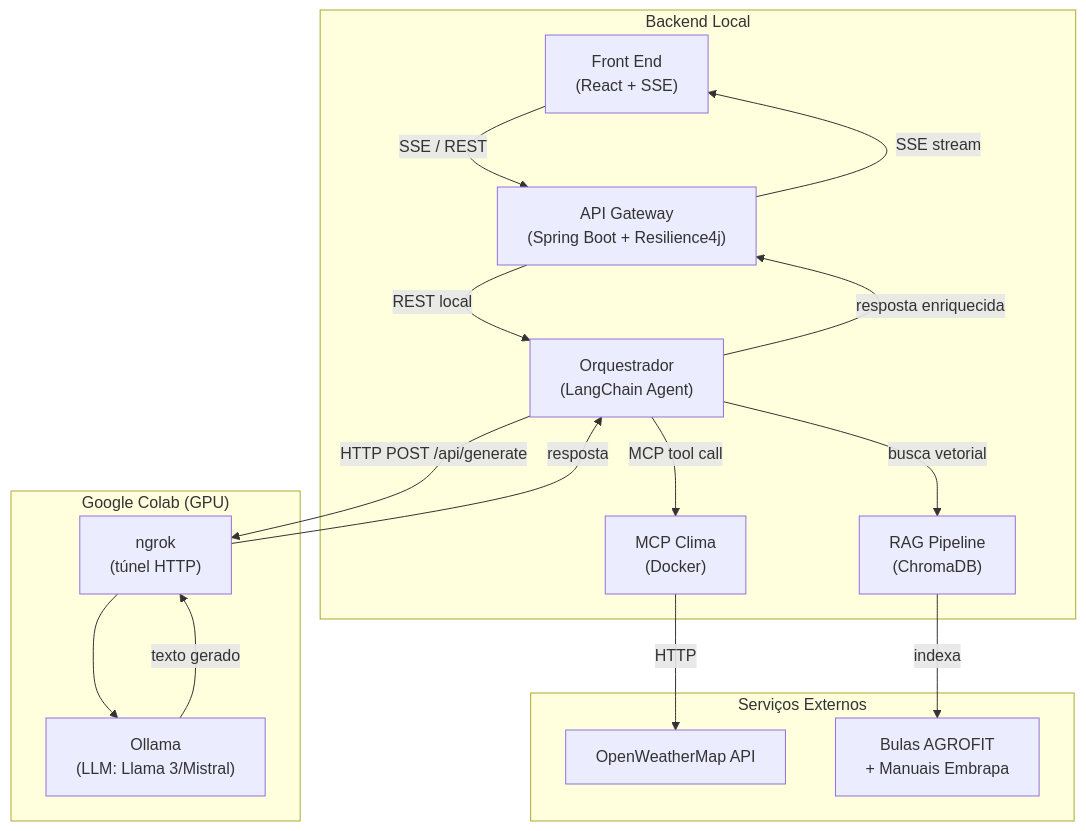
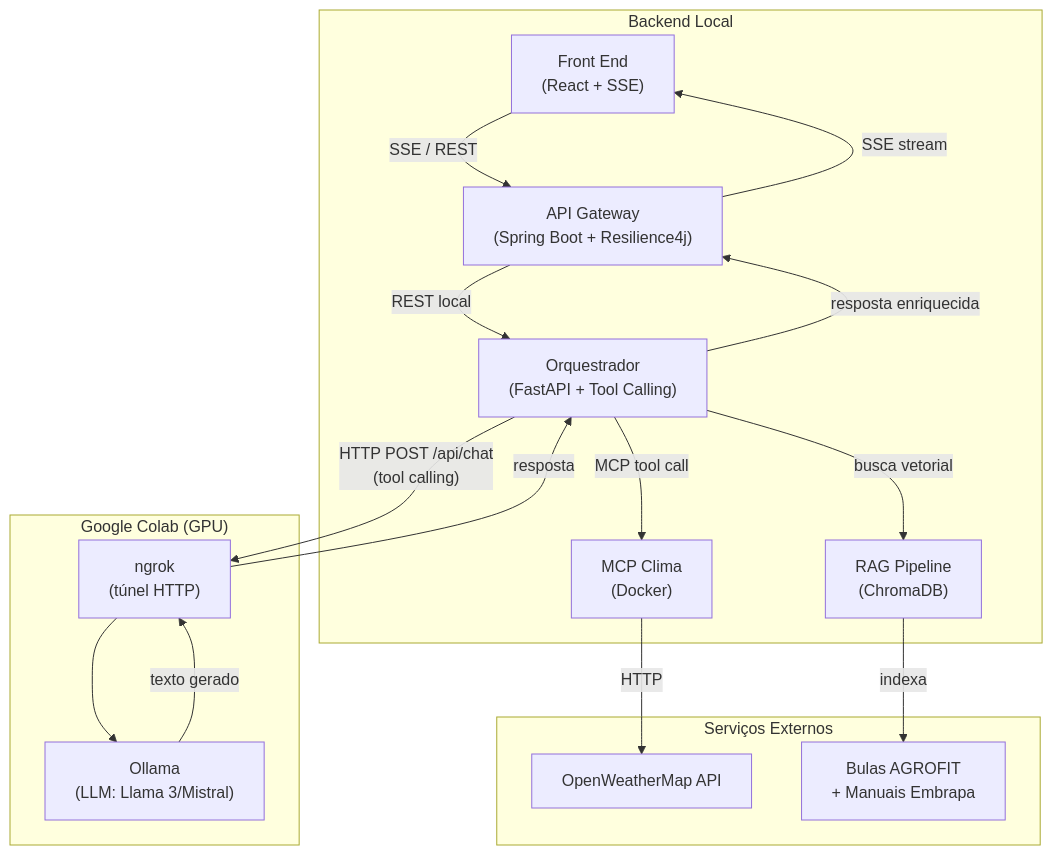
Before and after one commit to MarcoTFranco/agro-mcp-rag-assistant: the diagram in docs/arquitetura/especificacao-arquitetura.md, drawn with Mermaid. The commit also changed other lines of this file and 2 other files, not shown here.

````diff
--- a/docs/arquitetura/especificacao-arquitetura.md
+++ b/docs/arquitetura/especificacao-arquitetura.md
@@ -42,33 +42,33 @@
 ```mermaid
 graph TD
     subgraph Local["Backend Local"]
         FE["Front End\n(React + SSE)"]
         GW["API Gateway\n(Spring Boot + Resilience4j)"]
-        ORC["Orquestrador\n(LangChain Agent)"]
+        ORC["Orquestrador\n(FastAPI + Tool Calling)"]
         RAG["RAG Pipeline\n(ChromaDB)"]
         MCP["MCP Clima\n(Docker)"]
     end
 
     subgraph Colab["Google Colab (GPU)"]
         NGROK["ngrok\n(túnel HTTP)"]
         OLLAMA["Ollama\n(LLM: Llama 3/Mistral)"]
     end
 
     subgraph Externos["Serviços Externos"]
         OWM["OpenWeatherMap API"]
         DOCS["Bulas AGROFIT\n+ Manuais Embrapa"]
     end
 
     FE -->|"SSE / REST"| GW
     GW -->|"REST local"| ORC
     ORC -->|"busca vetorial"| RAG
     ORC -->|"MCP tool call"| MCP
     MCP -->|"HTTP"| OWM
     RAG -->|"indexa"| DOCS
-    ORC -->|"HTTP POST /api/generate"| NGROK
+    ORC -->|"HTTP POST /api/chat\n(tool calling)"| NGROK
     NGROK --> OLLAMA
     OLLAMA -->|"texto gerado"| NGROK
     NGROK -->|"resposta"| ORC
     ORC -->|"resposta enriquecida"| GW
     GW -->|"SSE stream"| FE
 ```
````
